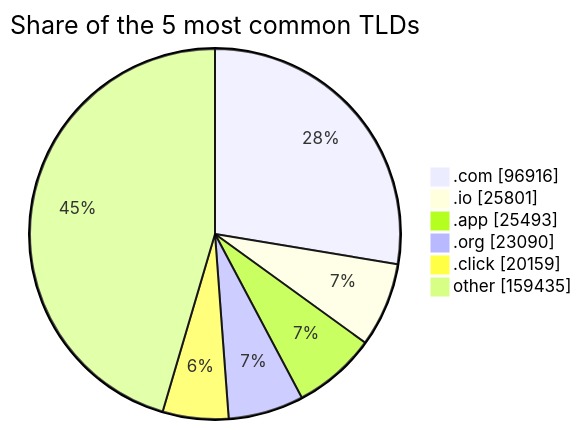
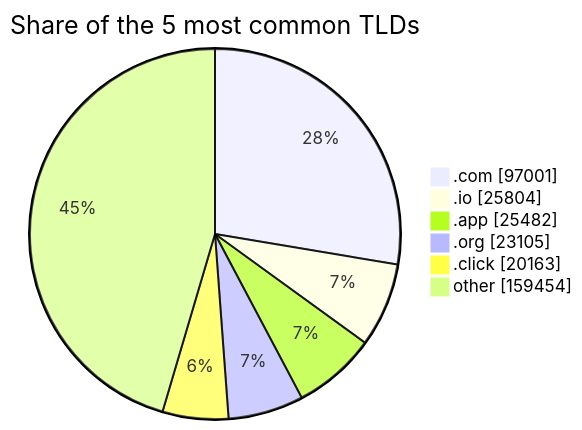
Before and after one commit to DNSBunker/CTI: the third of 3 diagrams in README.md, drawn with Mermaid. The commit also changed other lines of this file and 3 other files, not shown here.

````diff
--- a/README.md
+++ b/README.md
@@ -81,9 +81,9 @@
 ```mermaid
 pie showData title Share of the 5 most common TLDs
-    ".com" : 96916
-    ".io" : 25801
-    ".app" : 25493
-    ".org" : 23090
-    ".click" : 20159
-    "other" : 159435
+    ".com" : 97001
+    ".io" : 25804
+    ".app" : 25482
+    ".org" : 23105
+    ".click" : 20163
+    "other" : 159454
 ```
````
